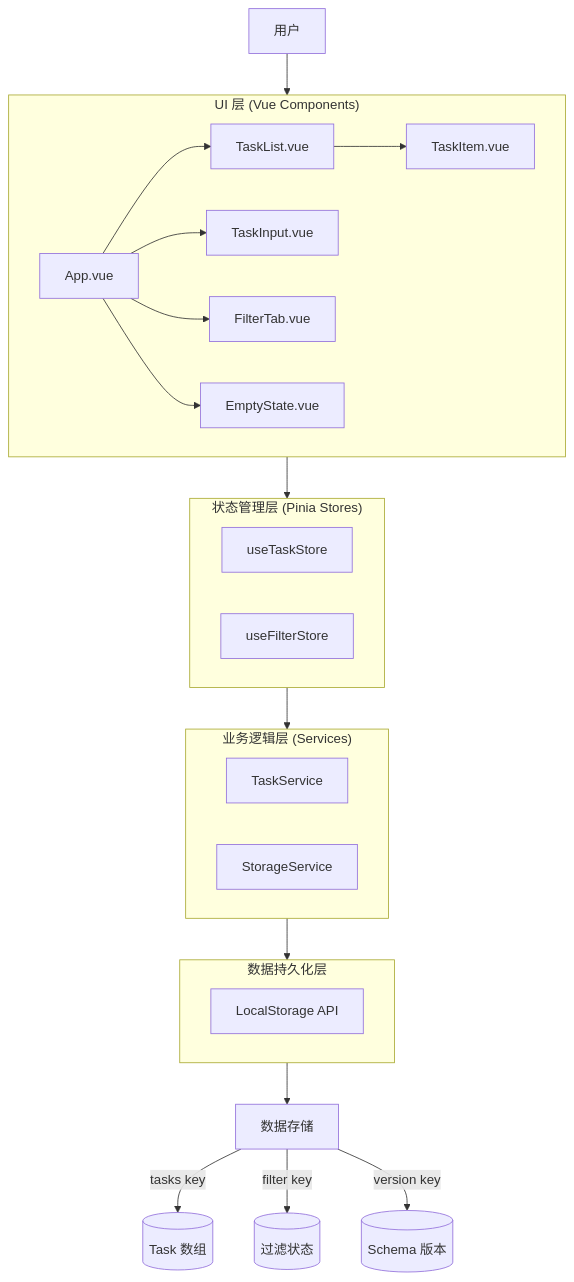
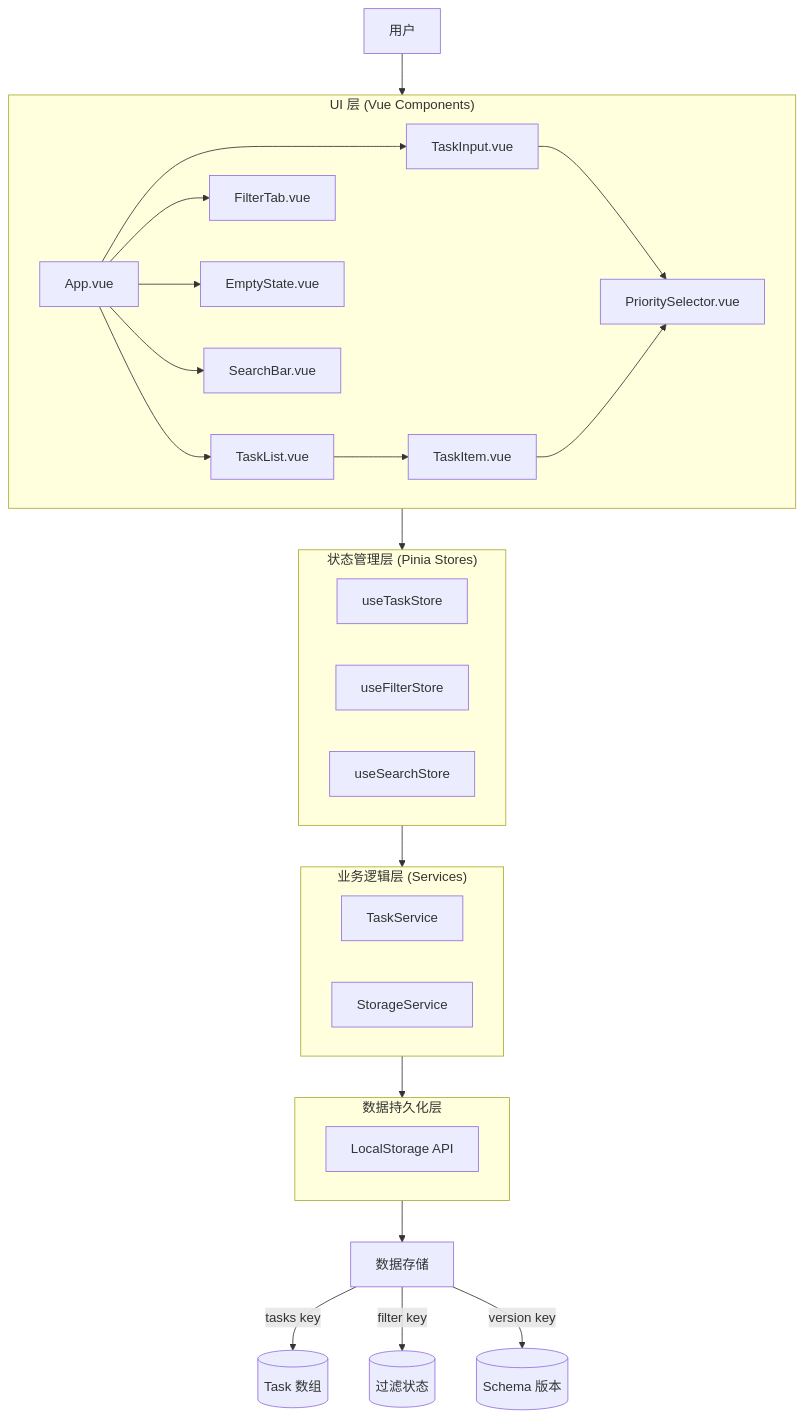
One commit to vibe-coding-101/001to-do-list changed the first of 4 diagrams in docs/software-architect/architecture.md. Above: the diagram before and after it, drawn with Mermaid. The commit also changed other lines of this file and 27 other files, not shown here.

````diff
--- a/docs/software-architect/architecture.md
+++ b/docs/software-architect/architecture.md
@@ -27,44 +28,50 @@
 ```mermaid
 flowchart TD
     User[用户] --> UI[UI 层 - Vue 组件]
 
     subgraph UI["UI 层 (Vue Components)"]
         App[App.vue]
         TaskList[TaskList.vue]
         TaskItem[TaskItem.vue]
         TaskInput[TaskInput.vue]
         FilterTab[FilterTab.vue]
         EmptyState[EmptyState.vue]
+        SearchBar[SearchBar.vue]
+        PrioritySelector[PrioritySelector.vue]
 
         App --> TaskList
         App --> TaskInput
         App --> FilterTab
         App --> EmptyState
+        App --> SearchBar
         TaskList --> TaskItem
+        TaskInput --> PrioritySelector
+        TaskItem --> PrioritySelector
     end
 
     UI --> Store[状态管理层 - Pinia Store]
 
     subgraph Store["状态管理层 (Pinia Stores)"]
         TaskStore[useTaskStore]
         FilterStore[useFilterStore]
+        SearchStore[useSearchStore]
     end
 
     Store --> Service[业务逻辑层 - Services]
 
     subgraph Service["业务逻辑层 (Services)"]
         TaskService[TaskService]
         StorageService[StorageService]
     end
 
     Service --> Storage[数据持久化层 - LocalStorage]
 
     subgraph Storage["数据持久化层"]
         LocalStorage[LocalStorage API]
     end
 
     Storage --> Data[数据存储]
     Data --> |"tasks" key| TaskData[(Task 数组)]
     Data --> |"filter" key| FilterData[(过滤状态)]
     Data --> |"version" key| VersionData[(Schema 版本)]
 ```
````
